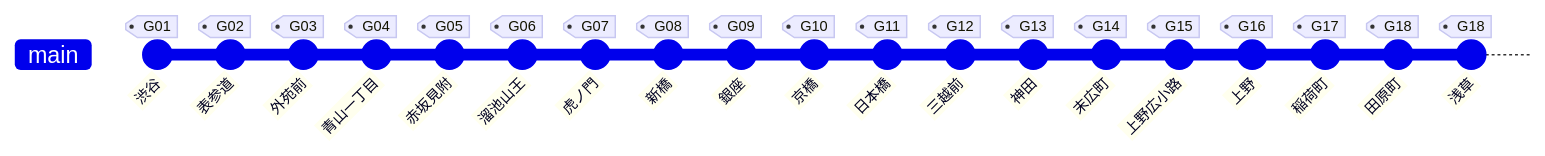
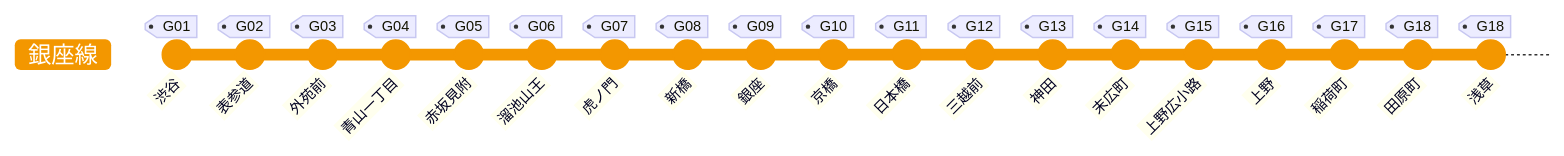
Before and after one commit to k-haruaki/tokyo-metro: the diagram in 01_GinzaLine.md, drawn with Mermaid.

Commit message:
銀座線の作成

````diff
--- a/01_GinzaLine.md
+++ b/01_GinzaLine.md
@@ -1,22 +1,23 @@
 ```mermaid
+%%{ init: { 'themeVariables': { 'git0': '#f39700' },'gitGraph':{'mainBranchName': '銀座線'} } }%%
 gitGraph
     commit id: "渋谷" tag: "G01"
     commit id: "表参道" tag: "G02"
     commit id: "外苑前" tag: "G03"
     commit id: "青山一丁目" tag: "G04"
     commit id: "赤坂見附" tag: "G05"
     commit id: "溜池山王" tag: "G06"
     commit id: "虎ノ門" tag: "G07"
     commit id: "新橋" tag: "G08"
     commit id: "銀座" tag: "G09"
     commit id: "京橋" tag: "G10"
     commit id: "日本橋" tag: "G11"
     commit id: "三越前" tag: "G12"
     commit id: "神田" tag: "G13"
     commit id: "末広町" tag: "G14"
     commit id: "上野広小路" tag: "G15"
     commit id: "上野" tag: "G16"
     commit id: "稲荷町" tag: "G17"
     commit id: "田原町" tag: "G18"
     commit id: "浅草" tag: "G18"
 ```
````
